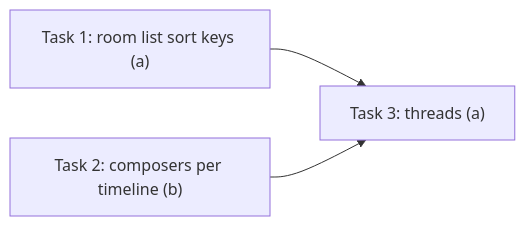
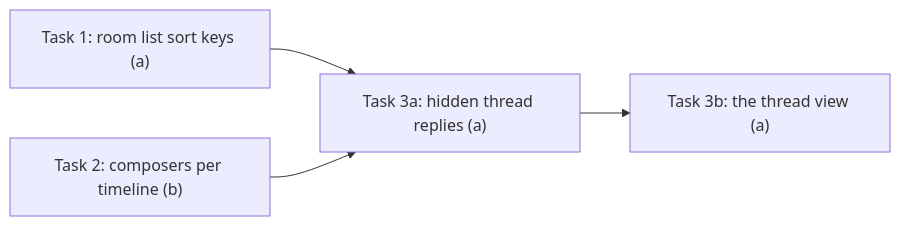
One commit to kisepichu/mxt changed the diagram in docs/superpowers/plans/2026-11-22-owner-work-f.md. Above: the diagram before and after it, drawn with Mermaid. The commit also changed other lines of this file and 1 other file, not shown here.

First line of the commit message:
Design and plan F: sort list as a string, one receipt per thread read, Task 3 split

````diff
--- a/docs/superpowers/plans/2026-11-22-owner-work-f.md
+++ b/docs/superpowers/plans/2026-11-22-owner-work-f.md
@@ -72,5 +80,6 @@
 ```mermaid
 flowchart LR
-  T1["Task 1: room list sort keys (a)"] --> T3["Task 3: threads (a)"]
-  T2["Task 2: composers per timeline (b)"] --> T3
+  T1["Task 1: room list sort keys (a)"] --> T3a["Task 3a: hidden thread replies (a)"]
+  T2["Task 2: composers per timeline (b)"] --> T3a
+  T3a --> T3b["Task 3b: the thread view (a)"]
 ```
````
